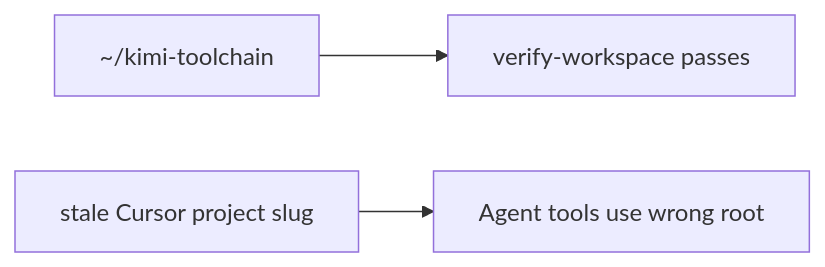
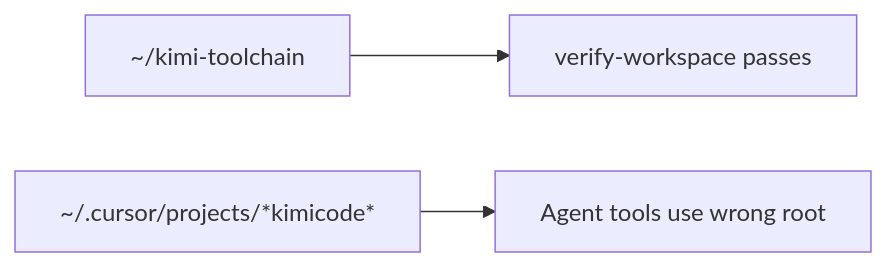
The diagram in UNIFIED.md (brendadeeznuts1111/kimi-toolchain), drawn with Mermaid before and after one commit. The commit also changed other lines of this file and 894 other files, not shown here.

First line of the commit message:
feat: gate dependency graphs, artifact lineage, control plane layers

````diff
--- a/UNIFIED.md
+++ b/UNIFIED.md
@@ -260,5 +263,5 @@
 ```mermaid
 flowchart LR
   disk["~/kimi-toolchain"] --> shell["verify-workspace passes"]
-  slug["stale Cursor project slug"] --> agent["Agent tools use wrong root"]
+  slug["~/.cursor/projects/*kimicode*"] --> agent["Agent tools use wrong root"]
 ```
````
